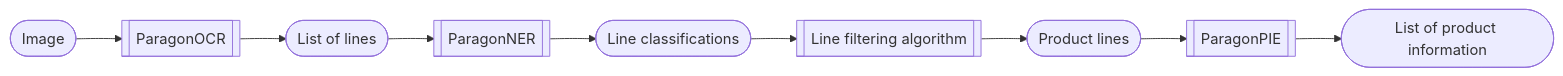
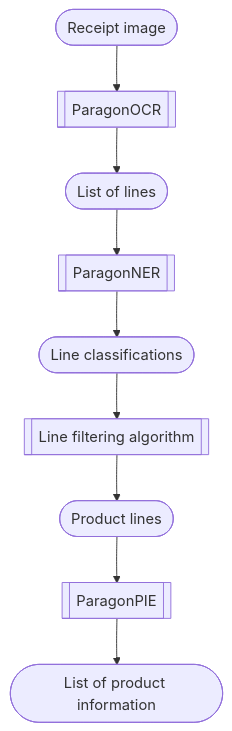
Before and after one commit to princepsnoctis/paragonPIE: the diagram in README.md, drawn with Mermaid.

Commit message:
Changed pipeline chart layout to TB

````diff
--- a/README.md
+++ b/README.md
@@ -13,12 +13,11 @@
 ```mermaid
-flowchart LR
-    A([Image]) --> B[[ParagonOCR]]
+flowchart TB
+    A([Receipt image]) --> B[[ParagonOCR]]
     B --> C([List of lines])
     C --> D[[ParagonNER]]
     D --> E([Line classifications])
     E --> F[[Line filtering algorithm]]
     F --> G([Product lines])
     G --> H[[ParagonPIE]]
     H --> I([List of product information])
-
 ```
````
